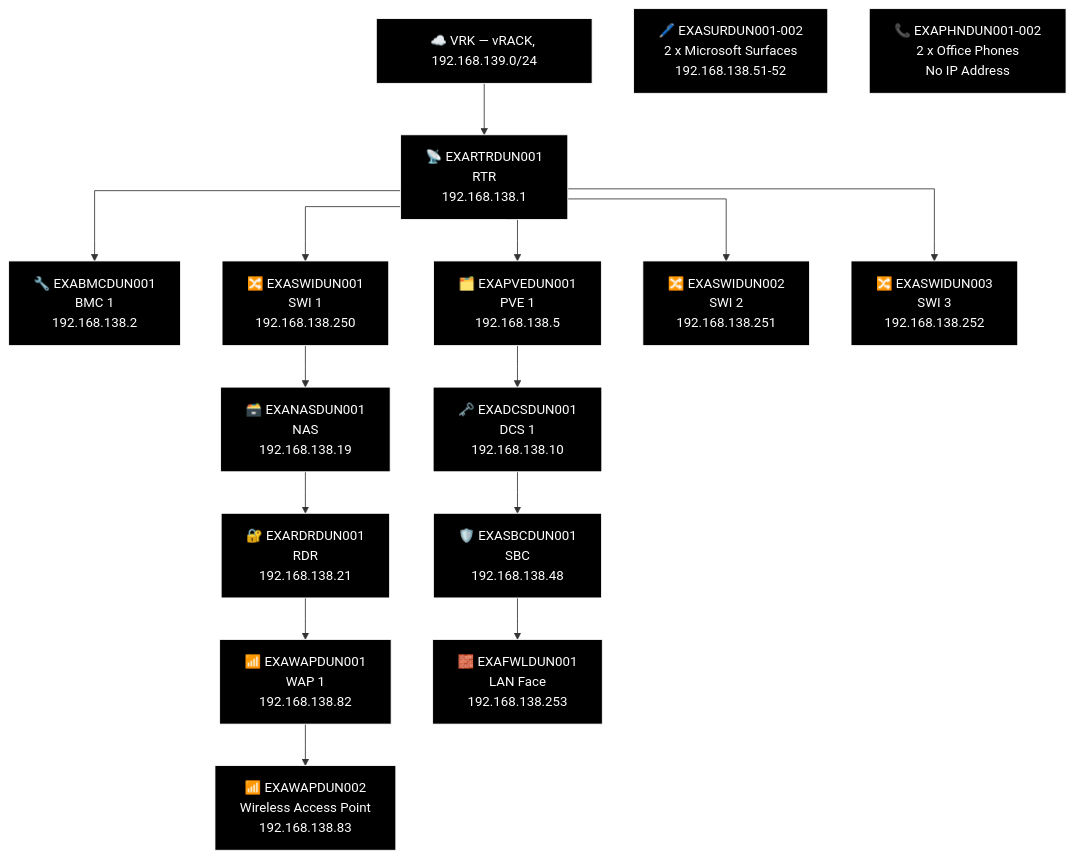
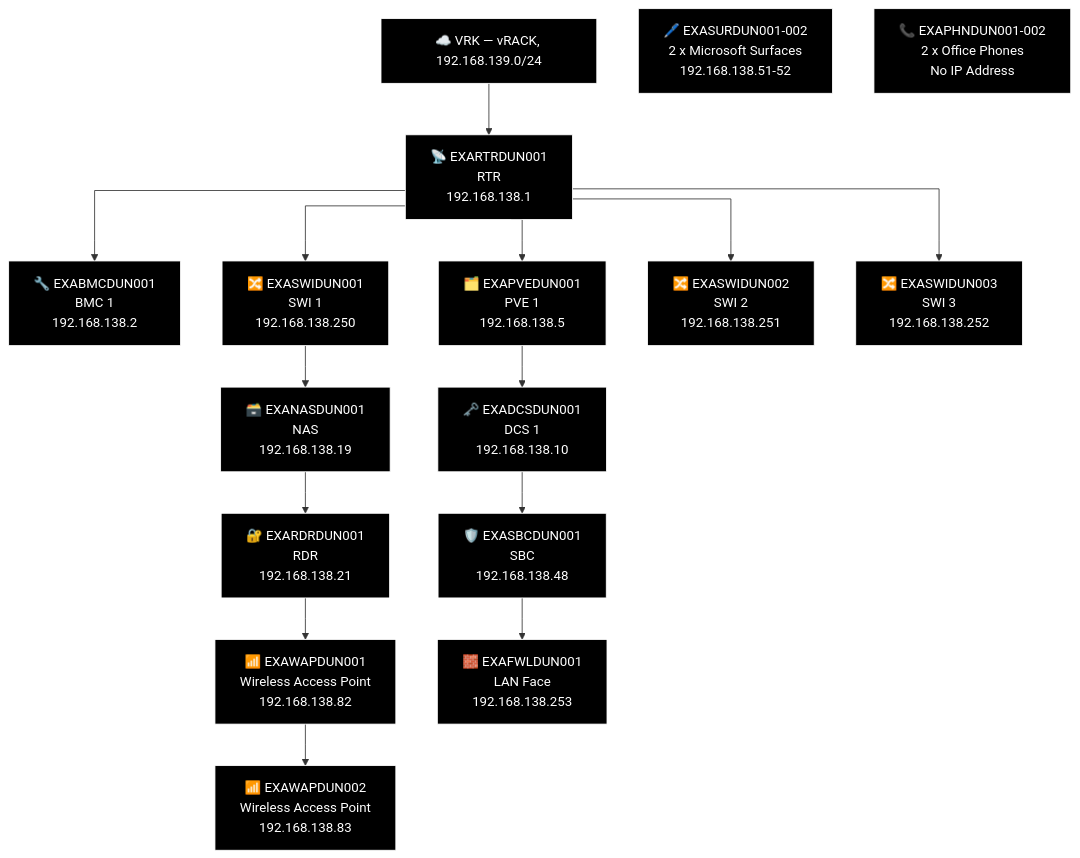
Diagram 15 of 21 in docs/network-diagram/scotland.md (knightmare2600/example_music_infra), drawn with Mermaid before and after one commit. The commit also changed other lines of this file and 36 other files, not shown here.

````diff
--- a/docs/network-diagram/scotland.md
+++ b/docs/network-diagram/scotland.md
@@ -861,46 +861,46 @@
 ```mermaid
 %% GENERATED:TOPOLOGY:DUN:START
 %%{init: {'flowchart': {'curve': 'stepAfter'}}}%%
 graph TD
     T_VRK["☁️ VRK — vRACK, 192.168.139.0/24"]
     T_RTR["📡 EXARTRDUN001<br/>RTR<br/>192.168.138.1"]
     T_VRK --> T_RTR
     T_BMC["🔧 EXABMCDUN001<br/>BMC 1<br/>192.168.138.2"]
     T_RTR --> T_BMC
     T_PVE["🗂️ EXAPVEDUN001<br/>PVE 1<br/>192.168.138.5"]
     T_RTR --> T_PVE
     T_SWI["🔀 EXASWIDUN001<br/>SWI 1<br/>192.168.138.250"]
     T_RTR --> T_SWI
     T_SWI2["🔀 EXASWIDUN002<br/>SWI 2<br/>192.168.138.251"]
     T_RTR --> T_SWI2
     T_SWI3["🔀 EXASWIDUN003<br/>SWI 3<br/>192.168.138.252"]
     T_RTR --> T_SWI3
     T_NAS["🗃️ EXANASDUN001<br/>NAS<br/>192.168.138.19"]
     T_RDR["🔐 EXARDRDUN001<br/>RDR<br/>192.168.138.21"]
-    T_WAP["📶 EXAWAPDUN001<br/>WAP 1<br/>192.168.138.82"]
+    T_WAP["📶 EXAWAPDUN001<br/>Wireless Access Point<br/>192.168.138.82"]
     T_WAP2["📶 EXAWAPDUN002<br/>Wireless Access Point<br/>192.168.138.83"]
     T_SWI --> T_NAS --> T_RDR --> T_WAP --> T_WAP2
     T_DCS["🗝️ EXADCSDUN001<br/>DCS 1<br/>192.168.138.10"]
     T_SBC["🛡️ EXASBCDUN001<br/>SBC<br/>192.168.138.48"]
     T_FWL["🧱 EXAFWLDUN001<br/>LAN Face<br/>192.168.138.253"]
     T_PVE --> T_DCS --> T_SBC --> T_FWL
     T_OTH_SUR["🖊️ EXASURDUN001-002<br/>2 x Microsoft Surfaces<br/>192.168.138.51-52"]
     T_OTH_PHN["📞 EXAPHNDUN001-002<br/>2 x Office Phones<br/>No IP Address"]
     style T_VRK fill:#000000,stroke:#FFFFFF,color:#FFFFFF
     style T_RTR fill:#000000,stroke:#FFFFFF,color:#FFFFFF
     style T_BMC fill:#000000,stroke:#FFFFFF,color:#FFFFFF
     style T_PVE fill:#000000,stroke:#FFFFFF,color:#FFFFFF
     style T_SWI fill:#000000,stroke:#FFFFFF,color:#FFFFFF
     style T_SWI2 fill:#000000,stroke:#FFFFFF,color:#FFFFFF
     style T_SWI3 fill:#000000,stroke:#FFFFFF,color:#FFFFFF
     style T_NAS fill:#000000,stroke:#FFFFFF,color:#FFFFFF
     style T_RDR fill:#000000,stroke:#FFFFFF,color:#FFFFFF
     style T_WAP fill:#000000,stroke:#FFFFFF,color:#FFFFFF
     style T_WAP2 fill:#000000,stroke:#FFFFFF,color:#FFFFFF
     style T_DCS fill:#000000,stroke:#FFFFFF,color:#FFFFFF
     style T_SBC fill:#000000,stroke:#FFFFFF,color:#FFFFFF
     style T_FWL fill:#000000,stroke:#FFFFFF,color:#FFFFFF
     style T_OTH_SUR fill:#000000,stroke:#FFFFFF,color:#FFFFFF
     style T_OTH_PHN fill:#000000,stroke:#FFFFFF,color:#FFFFFF
 %% GENERATED:TOPOLOGY:DUN:END
 ```
````
